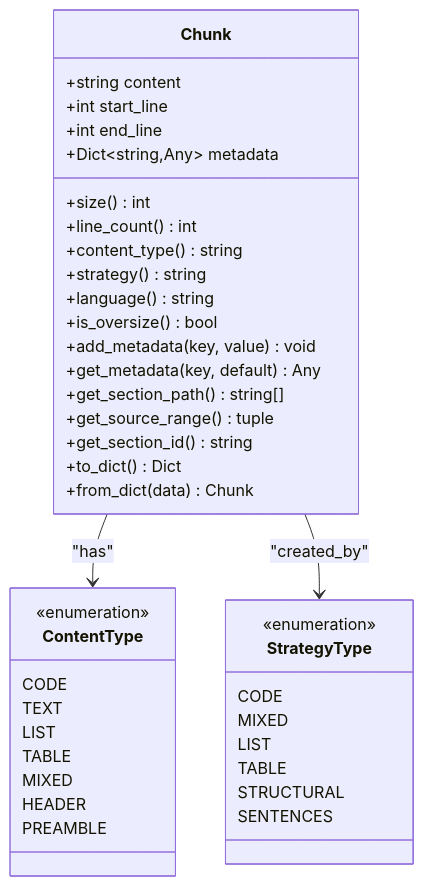
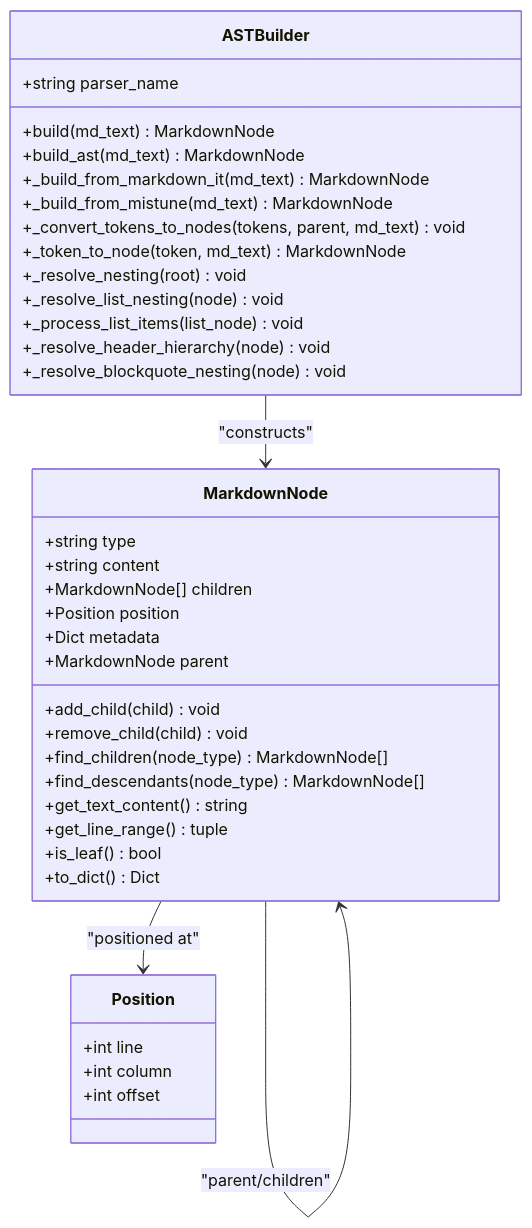
One commit to asukhodko/dify-markdown-chunker changed the fourth of 6 diagrams in .qoder/repowiki/en/content/Core Concepts/Core Concepts.md. Above: the diagram before and after it, drawn with Mermaid. The commit also changed other lines of this file and 205 other files, not shown here.

````diff
--- a/.qoder/repowiki/en/content/Core Concepts/Core Concepts.md
+++ b/.qoder/repowiki/en/content/Core Concepts/Core Concepts.md
@@ -146,43 +295,41 @@
 ```mermaid
 classDiagram
-class Chunk {
+class MarkdownNode {
++string type
 +string content
-+int start_line
-+int end_line
-+Dict~string,Any~ metadata
-+size() int
-+line_count() int
-+content_type() string
-+strategy() string
-+language() string
-+is_oversize() bool
-+add_metadata(key, value) void
-+get_metadata(key, default) Any
-+get_section_path() string[]
-+get_source_range() tuple
-+get_section_id() string
++MarkdownNode[] children
++Position position
++Dict metadata
++MarkdownNode parent
++add_child(child) void
++remove_child(child) void
++find_children(node_type) MarkdownNode[]
++find_descendants(node_type) MarkdownNode[]
++get_text_content() string
++get_line_range() tuple
++is_leaf() bool
 +to_dict() Dict
-+from_dict(data) Chunk
 }
-class ContentType {
-<<enumeration>>
-CODE
-TEXT
-LIST
-TABLE
-MIXED
-HEADER
-PREAMBLE
+class ASTBuilder {
++string parser_name
++build(md_text) MarkdownNode
++build_ast(md_text) MarkdownNode
++_build_from_markdown_it(md_text) MarkdownNode
++_build_from_mistune(md_text) MarkdownNode
++_convert_tokens_to_nodes(tokens, parent, md_text) void
++_token_to_node(token, md_text) MarkdownNode
++_resolve_nesting(root) void
++_resolve_list_nesting(node) void
++_process_list_items(list_node) void
++_resolve_header_hierarchy(node) void
++_resolve_blockquote_nesting(node) void
 }
-class StrategyType {
-<<enumeration>>
-CODE
-MIXED
-LIST
-TABLE
-STRUCTURAL
-SENTENCES
+class Position {
++int line
++int column
++int offset
 }
-Chunk --> ContentType : "has"
-Chunk --> StrategyType : "created_by"
+MarkdownNode --> MarkdownNode : "parent/children"
+MarkdownNode --> Position : "positioned at"
+ASTBuilder --> MarkdownNode : "constructs"
 ```
````
